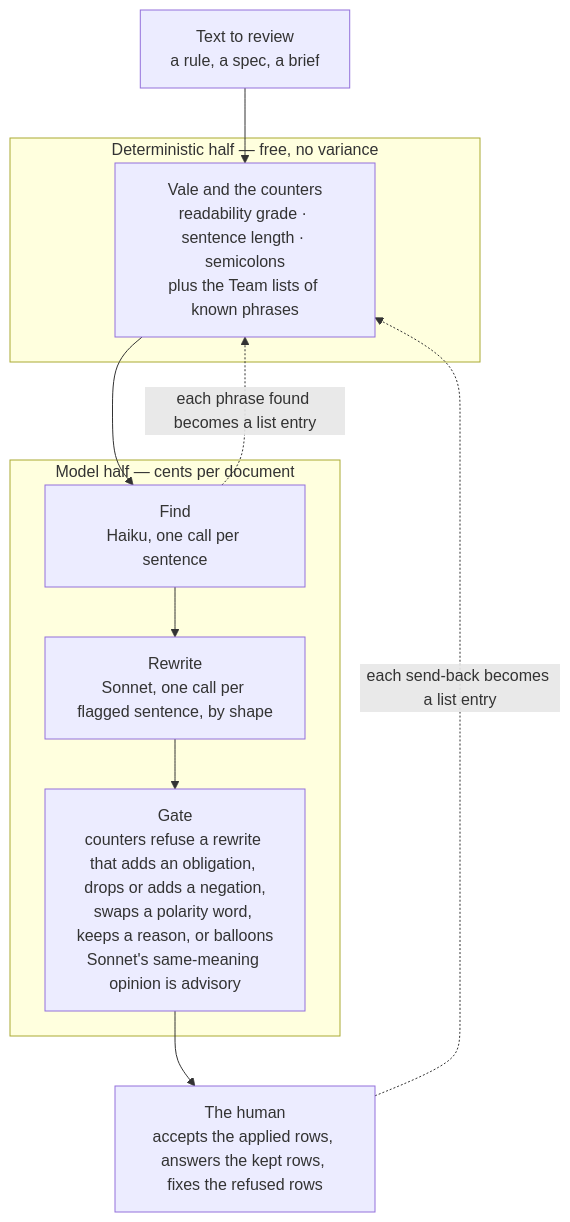
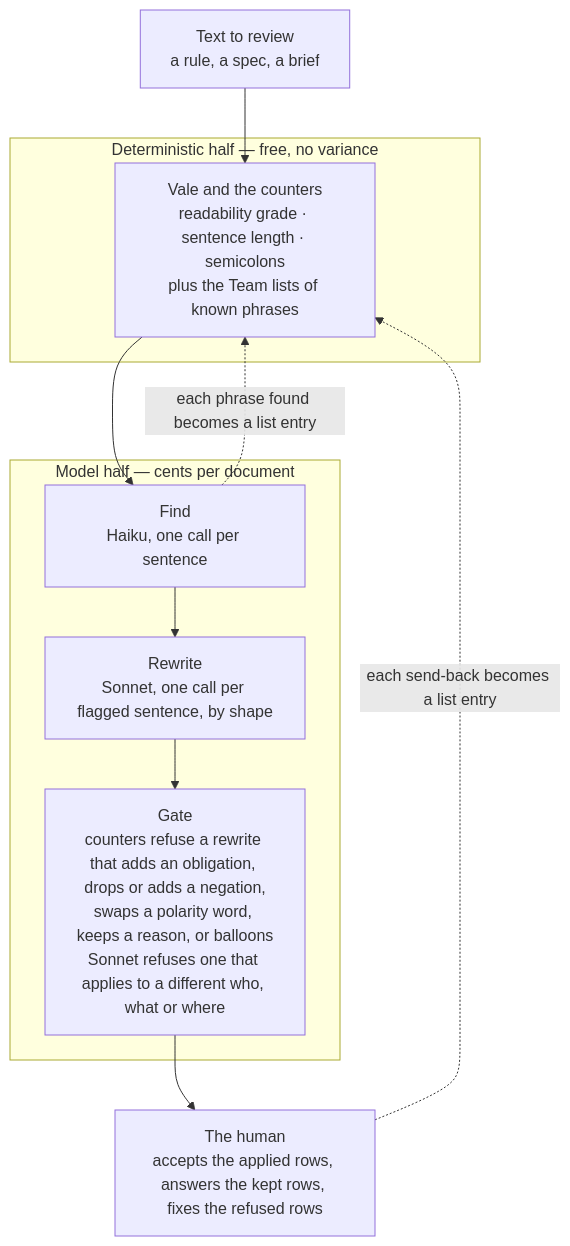
The diagram in README.md (Fermi-Ventures/claudian-translator), drawn with Mermaid before and after one commit. The commit also changed other lines of this file and 4 other files, not shown here.

First line of the commit message:
gate: the target check (did who, what or where change?) replaces the near-chance same-meaning check and joins the gate

````diff
--- a/README.md
+++ b/README.md
@@ -52,18 +52,18 @@
 ```mermaid
 flowchart TB
   T["Text to review\na rule, a spec, a brief"] --> V
   subgraph D["Deterministic half — free, no variance"]
     V["Vale and the counters\nreadability grade · sentence length · semicolons\nplus the Team lists of known phrases"]
   end
   subgraph M["Model half — cents per document"]
     F["Find\nHaiku, one call per sentence"]
     W["Rewrite\nSonnet, one call per flagged sentence, by shape"]
-    C["Gate\ncounters refuse a rewrite that adds an obligation, drops or adds a negation,\nswaps a polarity word, keeps a reason, or balloons\nSonnet's same-meaning opinion is advisory"]
+    C["Gate\ncounters refuse a rewrite that adds an obligation, drops or adds a negation,\nswaps a polarity word, keeps a reason, or balloons\nSonnet refuses one that applies to a different who, what or where"]
     F --> W --> C
   end
   V --> F
   C --> H
   H["The human\naccepts the applied rows, answers the kept rows, fixes the refused rows"]
   F -. "each phrase found becomes a list entry" .-> V
   H -. "each send-back becomes a list entry" .-> V
 ```
````
